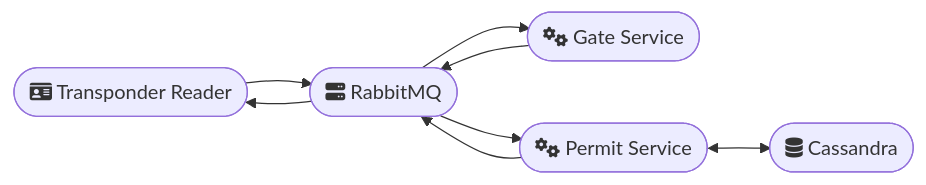
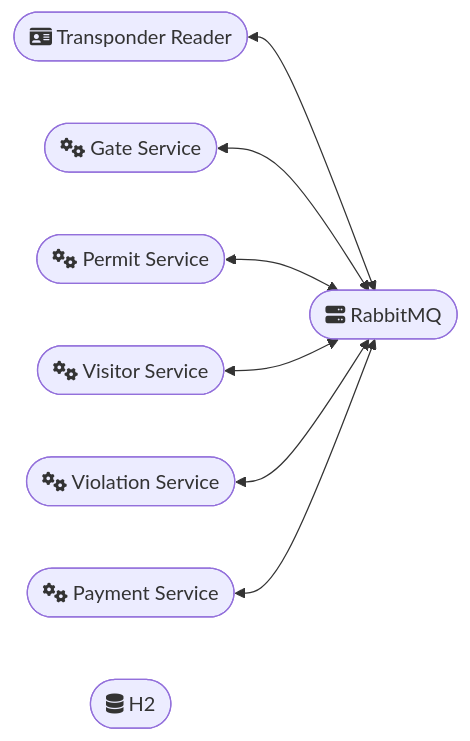
The diagram in diagram/service-overview.mmd (jingwenshi-dev/Microservice-Parking-System), drawn with Mermaid before and after one commit. The commit also changed 2 other files, not shown here.

```diff
--- a/diagram/service-overview.mmd
+++ b/diagram/service-overview.mmd
@@ -1,10 +1,17 @@
 flowchart LR
     Transponder([fa:fa-id-card Transponder Reader])
     RabbitMQ([fa:fa-server RabbitMQ])
     GateService([fa:fa-cogs Gate Service])
     PermitService([fa:fa-cogs Permit Service])
-    Cassandra([fa:fa-database Cassandra])
-    Transponder --> RabbitMQ --> GateService
-    GateService --> RabbitMQ --> PermitService
-    PermitService --> RabbitMQ --> Transponder
-    PermitService <--> Cassandra
+    VisitorService([fa:fa-cogs Visitor Service])
+    ViolationService([fa:fa-cogs Violation Service])
+    PaymentService([fa:fa-cogs Payment Service])
+
+    H2([fa:fa-database H2])
+
+    Transponder <--> RabbitMQ
+    GateService <--> RabbitMQ
+    PermitService <--> RabbitMQ
+    VisitorService <--> RabbitMQ
+    ViolationService <--> RabbitMQ
+    PaymentService <--> RabbitMQ
```
